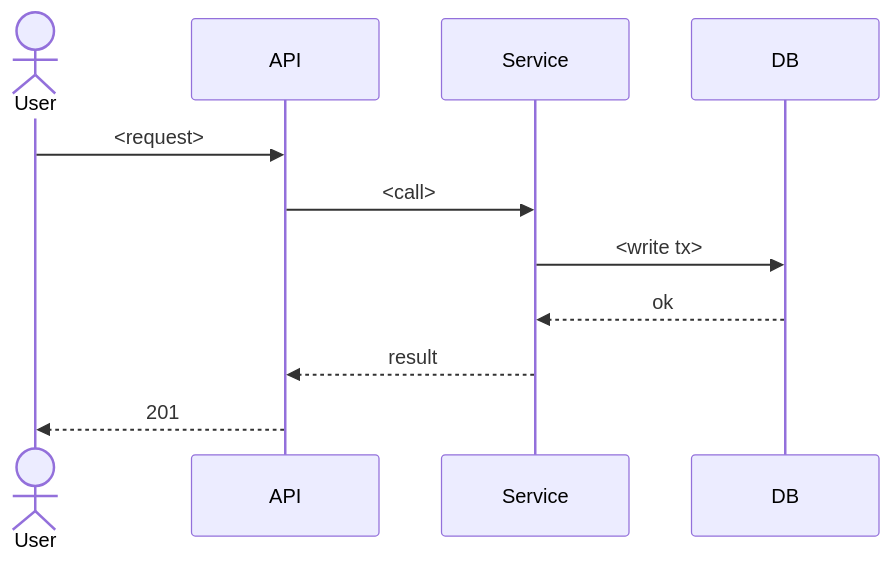
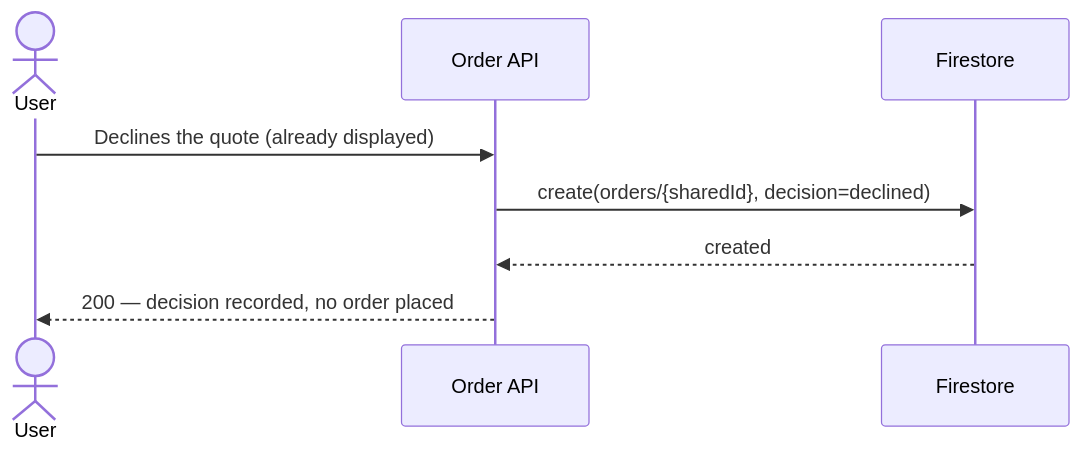
One commit to yahacom/print-marketplace changed the fourth of 7 diagrams in docs/features/order-confirmation/sad.md. Above: the diagram before and after it, drawn with Mermaid. The commit also changed other lines of this file, not shown here.

First line of the commit message:
feat(order-confirmation): sad §6 — 5 runtime flows mapped to AC-01..05

````diff
--- a/docs/features/order-confirmation/sad.md
+++ b/docs/features/order-confirmation/sad.md
@@ -147,13 +160,10 @@
 ```mermaid
 sequenceDiagram
     actor User
-    participant API
-    participant Service
-    participant DB
-    User->>API: <request>
-    API->>Service: <call>
-    Service->>DB: <write tx>
-    DB-->>Service: ok
-    Service-->>API: result
-    API-->>User: 201
+    participant API as Order API
+    participant FS as Firestore
+    User->>API: Declines the quote (already displayed)
+    API->>FS: create(orders/{sharedId}, decision=declined)
+    FS-->>API: created
+    API-->>User: 200 — decision recorded, no order placed
 ```
````
